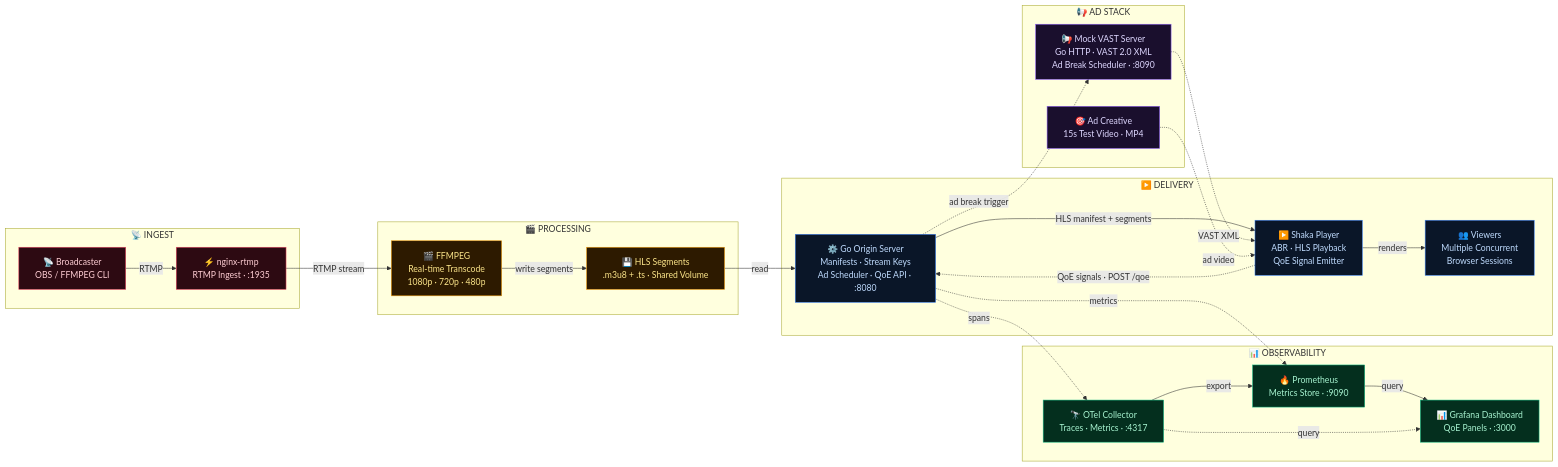
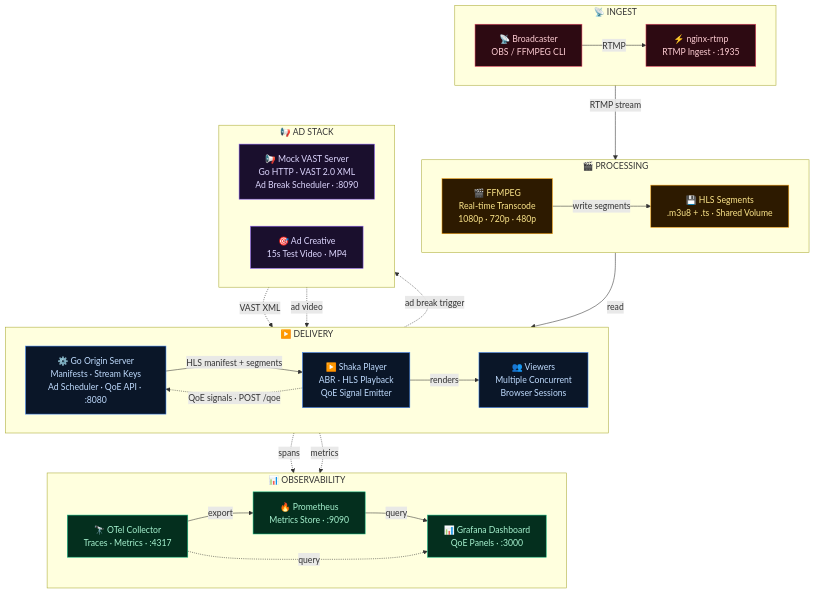
Before and after one commit to opticSquid/Streamforge: the diagram in README.md, drawn with Mermaid.

Commit message:
Feat: Redoing the architecture diagram for better rendering

````diff
--- a/README.md
+++ b/README.md
@@ -27,69 +27,74 @@
 ```mermaid
-flowchart LR
+flowchart TB
     subgraph INGEST["📡  INGEST"]
+        direction LR
         broadcaster["📡 Broadcaster\nOBS / FFMPEG CLI"]
         nginx["⚡ nginx-rtmp\nRTMP Ingest · :1935"]
     end
 
     subgraph PROCESSING["🎬  PROCESSING"]
+        direction LR
         ffmpeg["🎬 FFMPEG\nReal-time Transcode\n1080p · 720p · 480p"]
         segments["💾 HLS Segments\n.m3u8 + .ts · Shared Volume"]
     end
 
     subgraph DELIVERY["▶️  DELIVERY"]
+        direction LR
         goserver["⚙️ Go Origin Server\nManifests · Stream Keys\nAd Scheduler · QoE API · :8080"]
         shaka["▶️ Shaka Player\nABR · HLS Playback\nQoE Signal Emitter"]
         viewers["👥 Viewers\nMultiple Concurrent\nBrowser Sessions"]
     end
 
     subgraph ADSTACK["📢  AD STACK"]
+        direction LR
         vastserver["📢 Mock VAST Server\nGo HTTP · VAST 2.0 XML\nAd Break Scheduler · :8090"]
         adcreative["🎯 Ad Creative\n15s Test Video · MP4"]
     end
 
     subgraph OBSERVABILITY["📊  OBSERVABILITY"]
+        direction LR
         otel["🔭 OTel Collector\nTraces · Metrics · :4317"]
         prometheus["🔥 Prometheus\nMetrics Store · :9090"]
         grafana["📊 Grafana Dashboard\nQoE Panels · :3000"]
     end
 
     %% Ingest flow
     broadcaster -->|RTMP| nginx
     nginx -->|RTMP stream| ffmpeg
 
     %% Processing flow
     ffmpeg -->|write segments| segments
     segments -->|read| goserver
 
     %% Delivery flow
     goserver -->|HLS manifest + segments| shaka
     shaka -->|renders| viewers
 
     %% QoE signals — async
     shaka -.->|"QoE signals · POST /qoe"| goserver
 
     %% Ad flow — async
     goserver -.->|ad break trigger| vastserver
     vastserver -.->|VAST XML| shaka
     adcreative -.->|ad video| shaka
 
     %% Observability flow
     goserver -.->|spans| otel
     goserver -.->|metrics| prometheus
     otel -->|export| prometheus
     prometheus -->|query| grafana
     otel -.->|query| grafana
 
     %% Styles
     classDef ingest       fill:#2D0A12,stroke:#E94560,color:#FECDD3
     classDef processing   fill:#2D1A00,stroke:#F59E0B,color:#FDE68A
     classDef delivery     fill:#0A1628,stroke:#3B82F6,color:#BFDBFE
     classDef adstack      fill:#1A0F2D,stroke:#8B5CF6,color:#DDD6FE
     classDef observability fill:#042F1E,stroke:#10B981,color:#A7F3D0
 
     class broadcaster,nginx ingest
     class ffmpeg,segments processing
     class goserver,shaka,viewers delivery
     class vastserver,adcreative adstack
     class otel,prometheus,grafana observability
 ```
````
